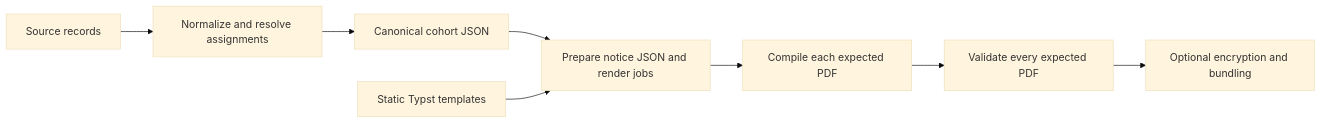
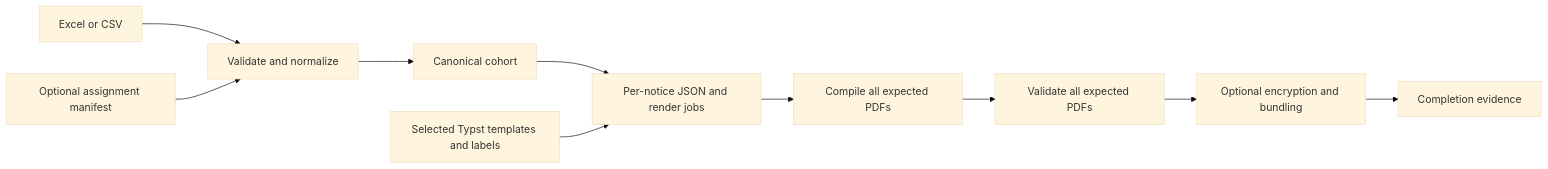
The diagram in docs/reference/architecture.md (WDGPH/ImmuKnow), drawn with Mermaid (base theme) before and after one commit. The commit also changed other lines of this file and 16 other files, not shown here.

````diff
--- a/docs/reference/architecture.md
+++ b/docs/reference/architecture.md
@@ -8,10 +9,12 @@
 ```mermaid
 flowchart LR
-    A[Source records] --> B[Normalize and resolve assignments]
-    B --> C[Canonical cohort JSON]
-    C --> D[Prepare notice JSON and render jobs]
-    T[Static Typst templates] --> D
-    D --> E[Compile each expected PDF]
-    E --> F[Validate every expected PDF]
+    A[Excel or CSV] --> B[Validate and normalize]
+    M[Optional assignment manifest] --> B
+    B --> C[Canonical cohort]
+    C --> D[Per-notice JSON and render jobs]
+    T[Selected Typst templates and labels] --> D
+    D --> E[Compile all expected PDFs]
+    E --> F[Validate all expected PDFs]
     F --> G[Optional encryption and bundling]
+    G --> H[Completion evidence]
 ```
````
